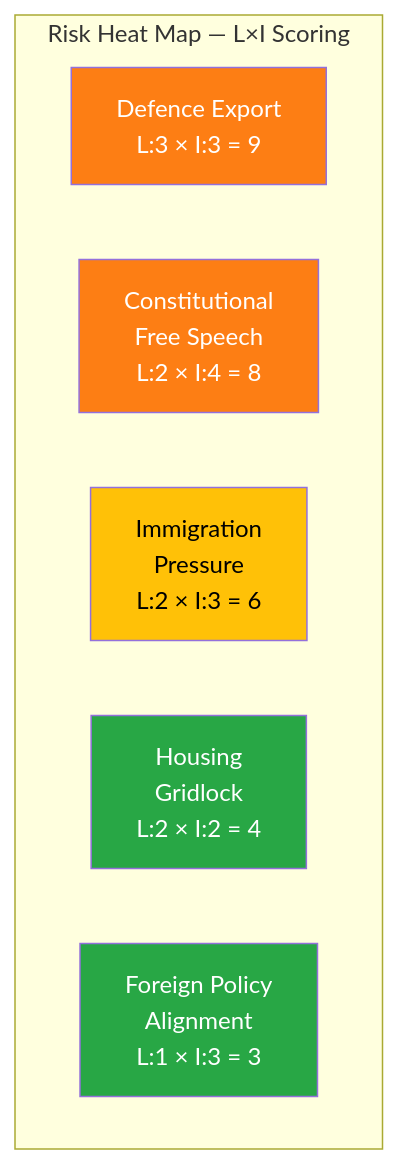
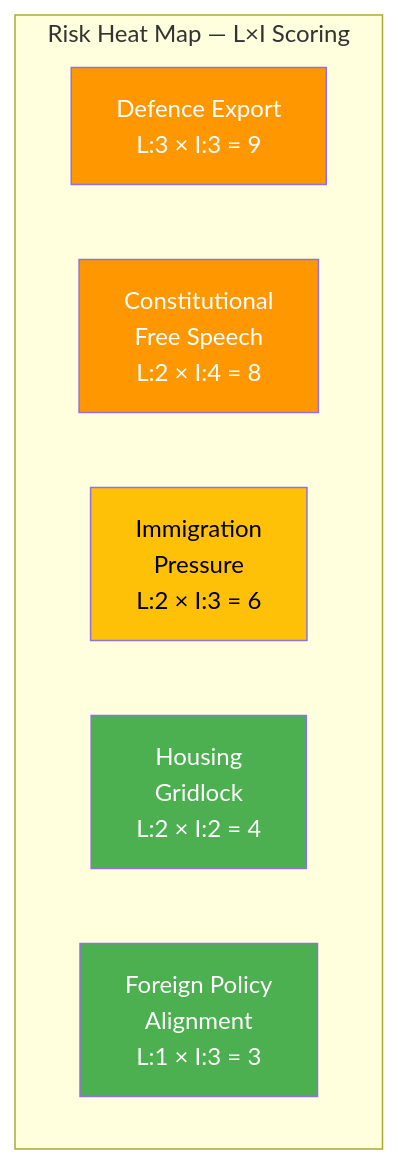
The diagram in analysis/daily/2026-04-07/evening-analysis/risk-assessment.md (Hack23/riksdagsmonitor), drawn with Mermaid before and after one commit. The commit also changed 785 other files, not shown here.

First line of the commit message:
Normalize mermaid colors across 786 analysis artifacts to ISMS Style Guide palette

````diff
--- a/analysis/daily/2026-04-07/evening-analysis/risk-assessment.md
+++ b/analysis/daily/2026-04-07/evening-analysis/risk-assessment.md
@@ -13,15 +13,15 @@
 ```mermaid
 graph TD
     subgraph "Risk Heat Map — L×I Scoring"
         R1["Defence Export<br/>L:3 × I:3 = 9"] 
         R2["Constitutional<br/>Free Speech<br/>L:2 × I:4 = 8"]
         R3["Immigration<br/>Pressure<br/>L:2 × I:3 = 6"]
         R4["Housing<br/>Gridlock<br/>L:2 × I:2 = 4"]
         R5["Foreign Policy<br/>Alignment<br/>L:1 × I:3 = 3"]
     end
-    style R1 fill:#fd7e14,color:#fff
-    style R2 fill:#fd7e14,color:#fff
-    style R3 fill:#ffc107,color:#000
-    style R4 fill:#28a745,color:#fff
-    style R5 fill:#28a745,color:#fff
+    style R1 fill:#FF9800,color:#FFFFFF
+    style R2 fill:#FF9800,color:#FFFFFF
+    style R3 fill:#FFC107,color:#000000
+    style R4 fill:#4CAF50,color:#FFFFFF
+    style R5 fill:#4CAF50,color:#FFFFFF
 ```
````
